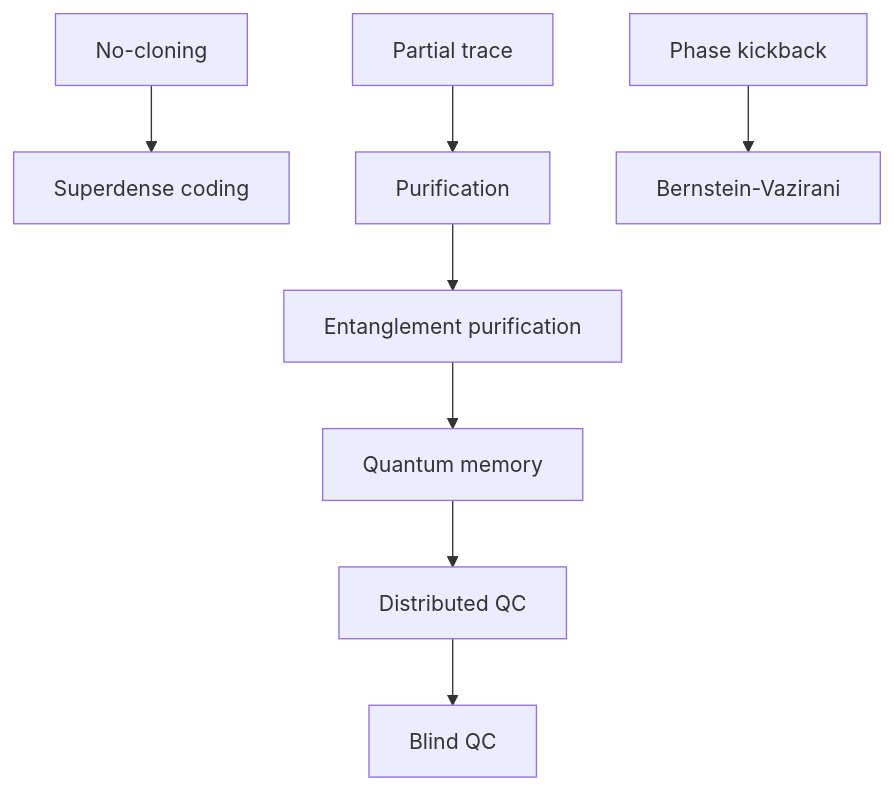
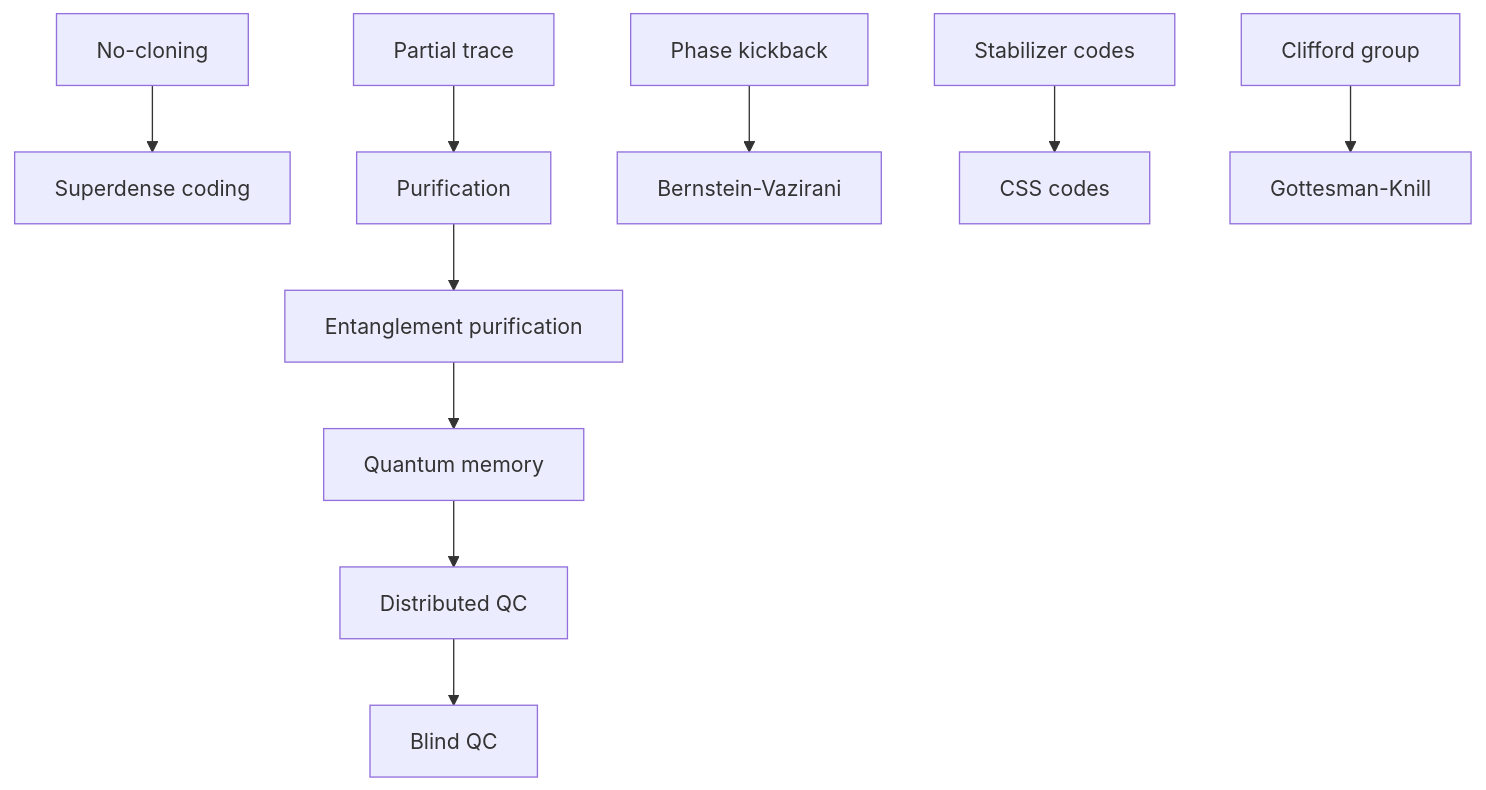
One commit to ArhamAkhtarAlam/mitxpro-my-notes changed the diagram in Extra (not in course)/Extra.md. Above: the diagram before and after it, drawn with Mermaid. The commit also changed other lines of this file and 17 other files, not shown here.

First line of the commit message:
Add chapters on stabilizer codes, Gottesman-Knill theorem, and error correction techniques

````diff
--- a/Extra (not in course)/Extra.md
+++ b/Extra (not in course)/Extra.md
@@ -14,8 +17,10 @@
 ```mermaid
 flowchart TD
     NC["No-cloning"] --> SD["Superdense coding"]
     PT["Partial trace"] --> PU["Purification"]
     PU --> EP["Entanglement purification"]
     PK["Phase kickback"] --> BV["Bernstein-Vazirani"]
+    ST["Stabilizer codes"] --> CSS["CSS codes"]
+    CL["Clifford group"] --> GK["Gottesman-Knill"]
     EP --> QM["Quantum memory"] --> DQC["Distributed QC"] --> BQC["Blind QC"]
 ```
````
